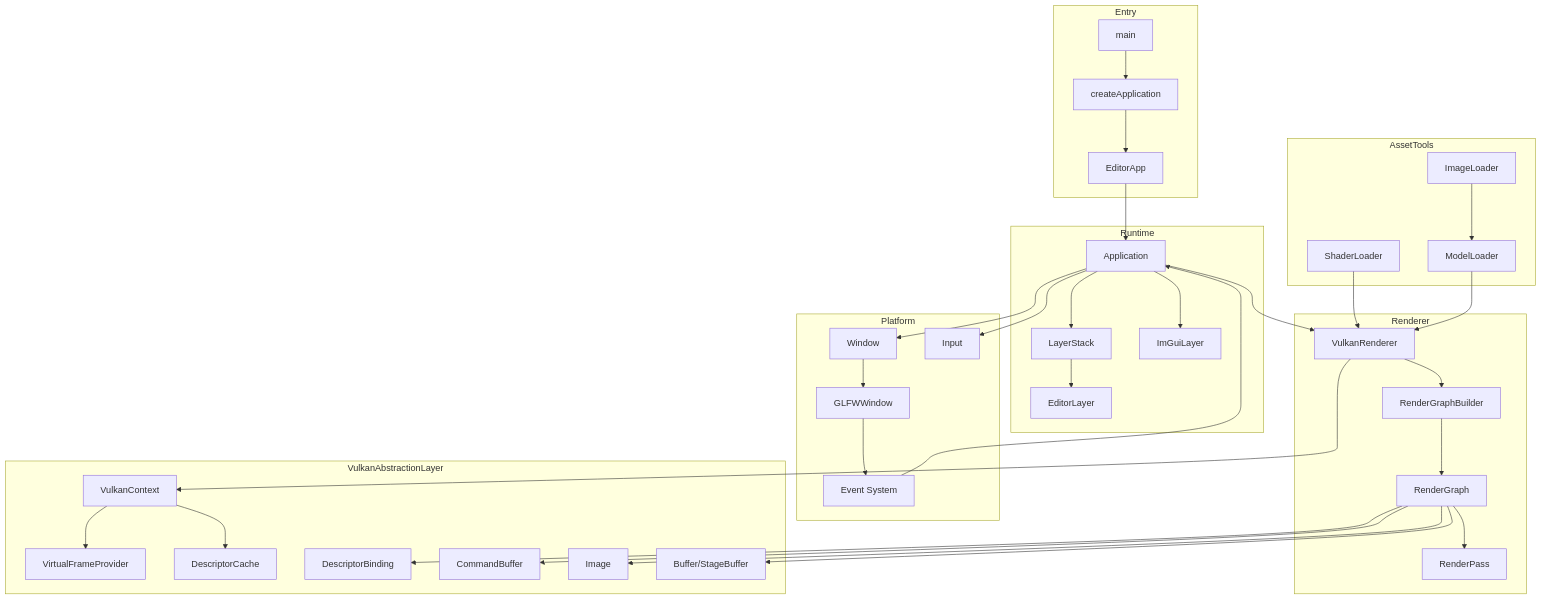
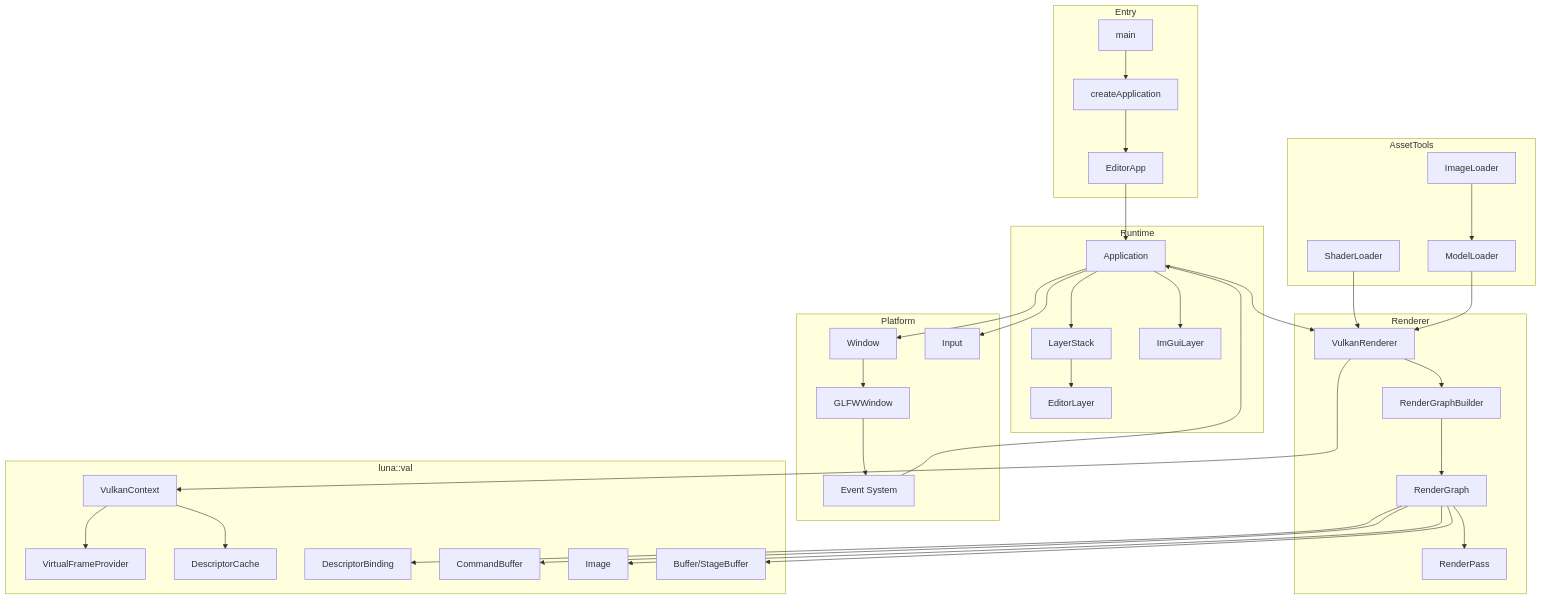
One commit to Yang-Junjie/Luna changed the first of 4 diagrams in docs/manual/architecture-in-depth.md. Above: the diagram before and after it, drawn with Mermaid. The commit also changed 76 other files, not shown here.

````diff
--- a/docs/manual/architecture-in-depth.md
+++ b/docs/manual/architecture-in-depth.md
@@ -13,66 +13,66 @@
 ```mermaid
 graph TD
     subgraph Entry
         M[main]
         CA[createApplication]
         EA[EditorApp]
     end
 
     subgraph Runtime
         APP[Application]
         LS[LayerStack]
         IL[ImGuiLayer]
         EL[EditorLayer]
     end
 
     subgraph Platform
         WIN[Window]
         GLFW[GLFWWindow]
         INPUT[Input]
         EVT[Event System]
     end
 
     subgraph Renderer
         VR[VulkanRenderer]
         RGB[RenderGraphBuilder]
         RG[RenderGraph]
         RP[RenderPass]
     end
 
-    subgraph VulkanAbstractionLayer
+    subgraph luna::val
         VC[VulkanContext]
         VF[VirtualFrameProvider]
         DC[DescriptorCache]
         DB[DescriptorBinding]
         CMD[CommandBuffer]
         IMG[Image]
         BUF[Buffer/StageBuffer]
     end
 
     subgraph AssetTools
         SL[ShaderLoader]
         ML[ModelLoader]
         IMGL[ImageLoader]
     end
 
     M --> CA --> EA --> APP
     APP --> LS
     APP --> WIN --> GLFW
     GLFW --> EVT --> APP
     APP --> INPUT
     APP --> IL
     LS --> EL
     APP --> VR
     VR --> RGB --> RG
     RG --> RP
     VR --> VC
     VC --> VF
     VC --> DC
     RG --> DB
     RG --> CMD
     RG --> IMG
     RG --> BUF
     SL --> VR
     ML --> VR
     IMGL --> ML
 ```
````
